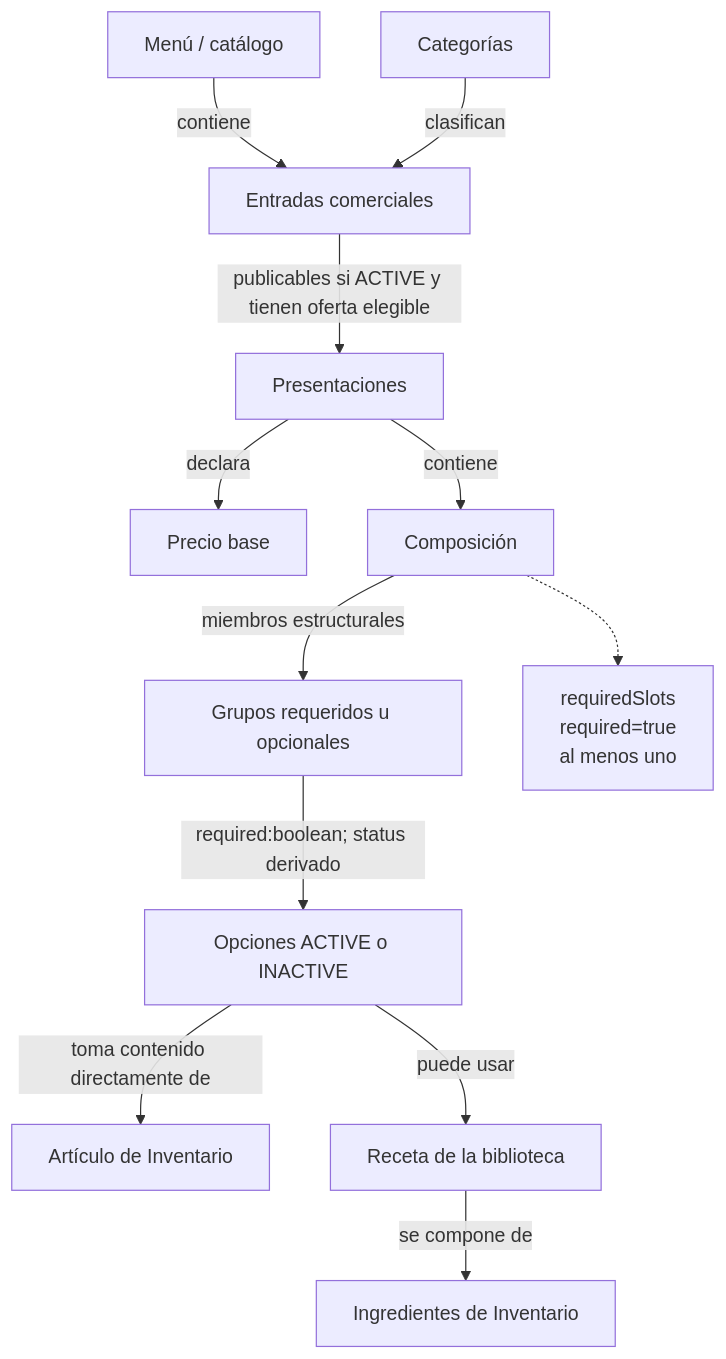
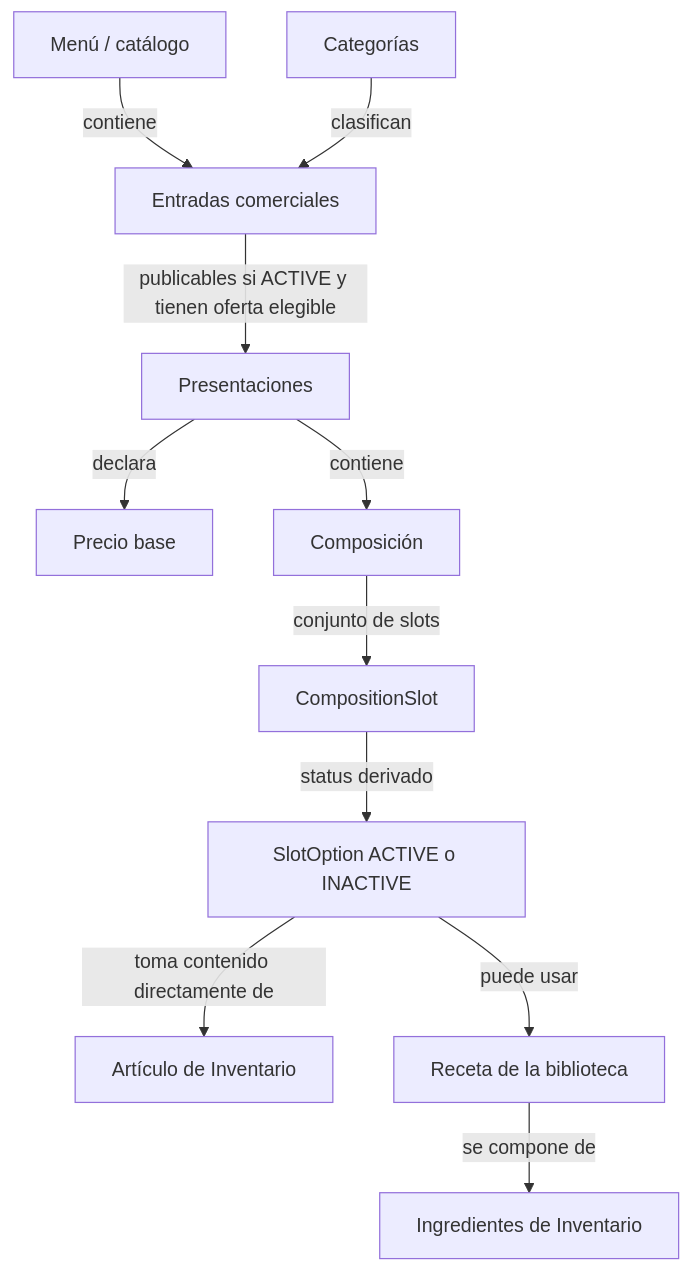
The first of 5 diagrams in docs/ers/architechture.md (FMAT-Restaurant/Menu-Documentation), drawn with Mermaid before and after one commit. The commit also changed other lines of this file and 12 other files, not shown here.

````diff
--- a/docs/ers/architechture.md
+++ b/docs/ers/architechture.md
@@ -86,14 +86,13 @@
 ```mermaid
 flowchart TB
     Menu["Menú / catálogo"] -->|contiene| Entries["Entradas comerciales"]
     Categories["Categorías"] -->|clasifican| Entries
     Entries -->|publicables si ACTIVE y tienen oferta elegible| Offers["Presentaciones"]
     Offers -->|declara| BasePrice["Precio base"]
     Offers -->|contiene| Composition["Composición"]
-    Composition -->|miembros estructurales| Groups["Grupos requeridos u opcionales"]
-    Composition -.-> RequiredSlots["requiredSlots<br/>required=true<br/>al menos uno"]
-    Groups -->|required:boolean; status derivado| Options["Opciones ACTIVE o INACTIVE"]
+    Composition -->|conjunto de slots| Slots["CompositionSlot"]
+    Slots -->|status derivado| Options["SlotOption ACTIVE o INACTIVE"]
     Options -->|toma contenido directamente de| InventoryItem["Artículo de Inventario"]
     Options -->|puede usar| Recipe["Receta de la biblioteca"]
     Recipe -->|se compone de| Ingredients["Ingredientes de Inventario"]
 ```
````
